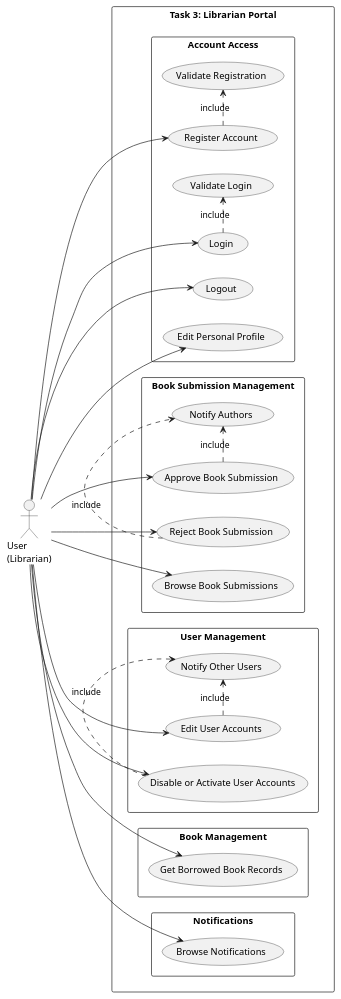
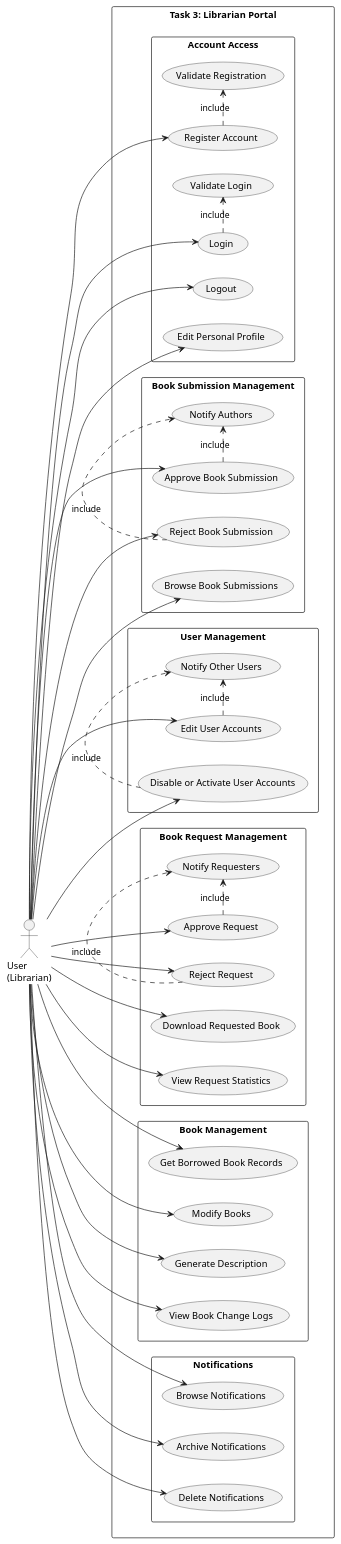
One commit to T8k86yte/Comp3111LEx changed the diagram in task3_use_case_diagram.puml. Above: the diagram before and after it, drawn with PlantUML. The commit also changed 3 other files, not shown here.

Commit message:
Task 3 phase 3 use-case diagram updated, some bugs fixed

```diff
--- a/task3_use_case_diagram.puml
+++ b/task3_use_case_diagram.puml
@@ -1,57 +1,81 @@
 @startuml
 left to right direction
 skinparam packageStyle rectangle
 
 actor "User\n(Librarian)" as User
 
 rectangle "Task 3: Librarian Portal" {
   package "Account Access" {
     usecase "Register Account" as UC_Register
     usecase "Login" as UC_Login
     usecase "Logout" as UC_Logout
     usecase "Validate Registration" as UC_ValidateRegister
     usecase "Validate Login" as UC_ValidateLogin
     usecase "Edit Personal Profile" as UC_EditProfile
   }
 
   package "Book Submission Management" {
     usecase "Browse Book Submissions" as UC_ViewSubmissions
     usecase "Approve Book Submission" as UC_Approve
     usecase "Reject Book Submission" as UC_Reject
     usecase "Notify Authors" as UC_NotifyAuthors
   }
 
   package "Book Management" {
     usecase "Get Borrowed Book Records" as UC_GetBorrowedBooksRecords
+    usecase "Modify Books" as UC_ModifyBooks
+    usecase "Generate Description" as UC_GenerateDescription
+    usecase "View Book Change Logs" as UC_ViewBookLogs
+  }
+
+  package "Book Request Management" {
+    usecase "Notify Requesters" as UC_NotifyRequesters
+    usecase "Approve Request" as UC_ApproveRequest
+    usecase "Reject Request" as UC_RejectRequest
+    usecase "Download Requested Book" as UC_DownloadRequestedBook
+    usecase "View Request Statistics" as UC_ViewRequestStatistics
   }
 
   package "User Management" {
     usecase "Edit User Accounts" as UC_EditAccounts
     usecase "Disable or Activate User Accounts" as UC_DisableActivateAccounts
     usecase "Notify Other Users" as UC_NotifyUsers
   }
 
   package "Notifications" {
     usecase "Browse Notifications" as UC_BrowseNotifications
+    usecase "Archive Notifications" as UC_ArchiveNotifications
+    usecase "Delete Notifications" as UC_DeleteNotifications
   }
 }
 
 User --> UC_Register
 User --> UC_Login
 User --> UC_Logout
 User --> UC_EditProfile
 User --> UC_ViewSubmissions
 User --> UC_Approve
 User --> UC_Reject
 User --> UC_GetBorrowedBooksRecords
+User --> UC_ModifyBooks
+User --> UC_GenerateDescription
+User --> UC_ViewBookLogs
+User --> UC_ApproveRequest
+User --> UC_RejectRequest
+User --> UC_DownloadRequestedBook
+User --> UC_ViewRequestStatistics
 User --> UC_EditAccounts
 User --> UC_DisableActivateAccounts
 User --> UC_BrowseNotifications
+User --> UC_ArchiveNotifications
+User --> UC_DeleteNotifications
 
 UC_Register .> UC_ValidateRegister : include
 UC_Login .> UC_ValidateLogin : include
 UC_Approve .> UC_NotifyAuthors : include
 UC_Reject .> UC_NotifyAuthors : include
+UC_ApproveRequest .> UC_NotifyRequesters : include
+UC_RejectRequest .> UC_NotifyRequesters : include
 UC_EditAccounts .> UC_NotifyUsers : include
 UC_DisableActivateAccounts .> UC_NotifyUsers : include
 @enduml
```
